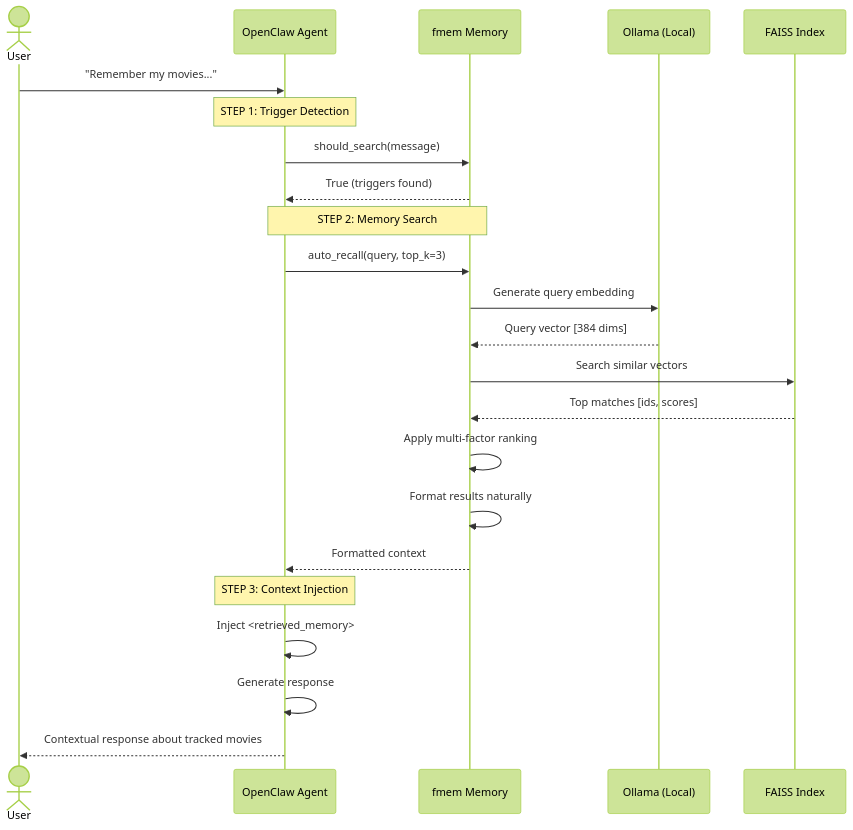
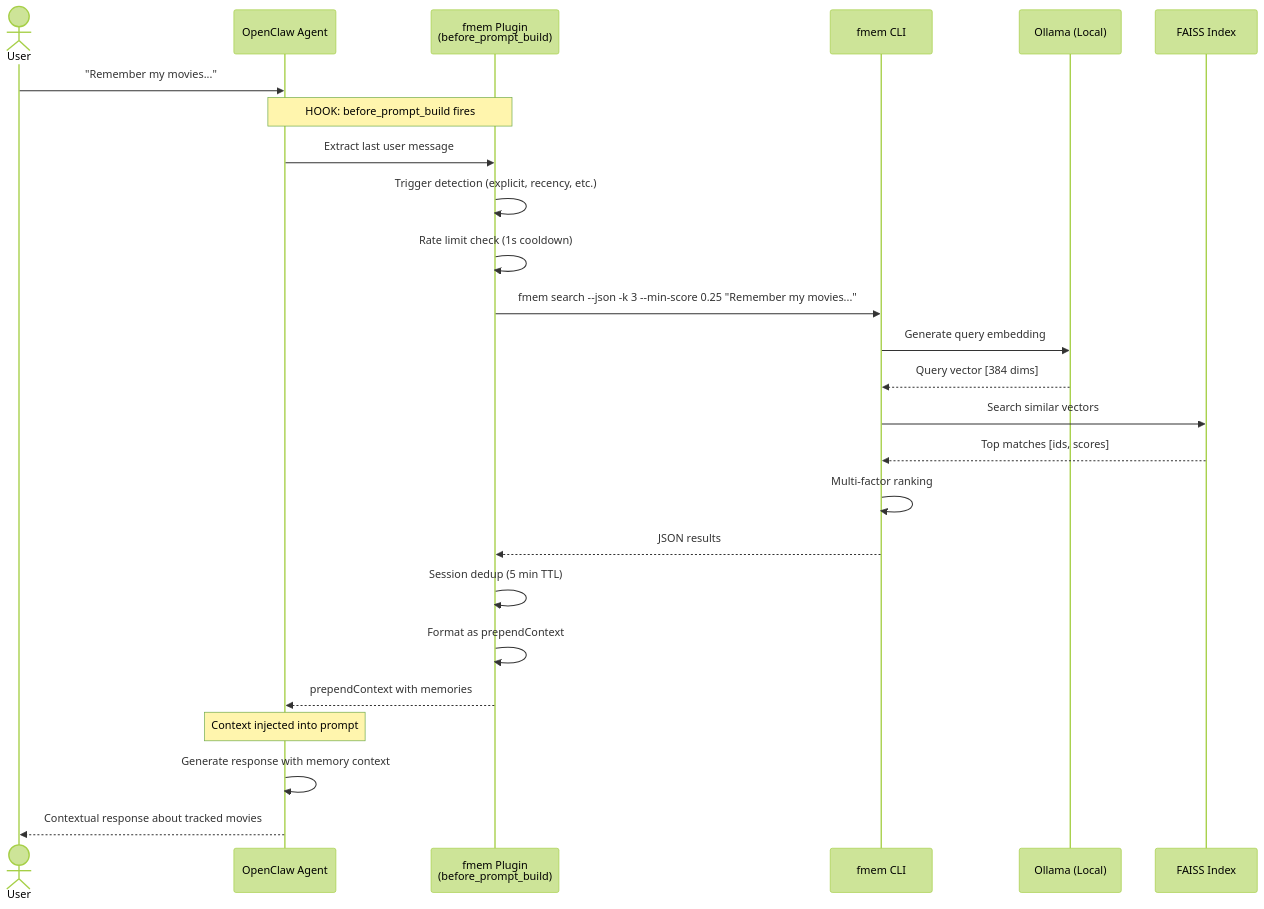
One commit to LuisEduardoAvila/fmem changed the third of 5 diagrams in docs/INTEGRATION_FLOW.md. Above: the diagram before and after it, drawn with Mermaid (forest theme). The commit also changed other lines of this file and 5 other files, not shown here.

First line of the commit message:
docs: update documentation for fmem-auto plugin

````diff
--- a/docs/INTEGRATION_FLOW.md
+++ b/docs/INTEGRATION_FLOW.md
@@ -193,33 +319,32 @@
 ```mermaid
 sequenceDiagram
     actor User
     participant OpenClaw as OpenClaw Agent
-    participant fmem as fmem Memory
+    participant Plugin as fmem Plugin<br/>(before_prompt_build)
+    participant fmem as fmem CLI
     participant Ollama as Ollama (Local)
     participant FAISS as FAISS Index
     
     User->>OpenClaw: "Remember my movies..."
     
-    Note over OpenClaw: STEP 1: Trigger Detection
-    OpenClaw->>fmem: should_search(message)
-    fmem-->>OpenClaw: True (triggers found)
+    Note over OpenClaw,Plugin: HOOK: before_prompt_build fires
+    OpenClaw->>Plugin: Extract last user message
+    Plugin->>Plugin: Trigger detection (explicit, recency, etc.)
+    Plugin->>Plugin: Rate limit check (1s cooldown)
     
-    Note over OpenClaw,fmem: STEP 2: Memory Search
-    OpenClaw->>fmem: auto_recall(query, top_k=3)
-    
+    Plugin->>fmem: fmem search --json -k 3 --min-score 0.25 "Remember my movies..."
     fmem->>Ollama: Generate query embedding
     Ollama-->>fmem: Query vector [384 dims]
-    
     fmem->>FAISS: Search similar vectors
     FAISS-->>fmem: Top matches [ids, scores]
+    fmem->>fmem: Multi-factor ranking
+    fmem-->>Plugin: JSON results
     
-    fmem->>fmem: Apply multi-factor ranking
-    fmem->>fmem: Format results naturally
-    fmem-->>OpenClaw: Formatted context
+    Plugin->>Plugin: Session dedup (5 min TTL)
+    Plugin->>Plugin: Format as prependContext
+    Plugin-->>OpenClaw: prependContext with memories
     
-    Note over OpenClaw: STEP 3: Context Injection
-    OpenClaw->>OpenClaw: Inject <retrieved_memory>
-    OpenClaw->>OpenClaw: Generate response
-    
+    Note over OpenClaw: Context injected into prompt
+    OpenClaw->>OpenClaw: Generate response with memory context
     OpenClaw-->>User: Contextual response about tracked movies
 ```
````
